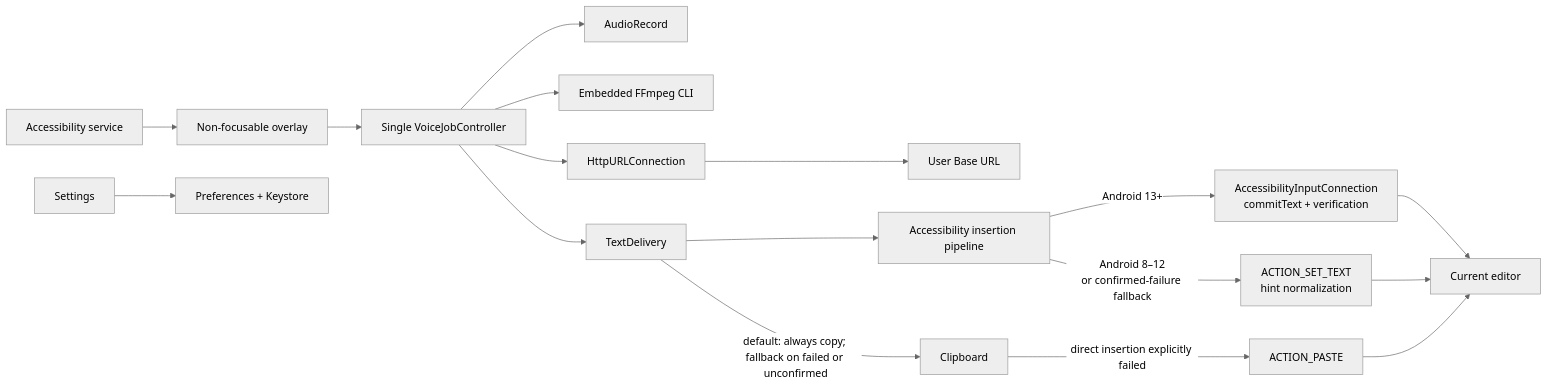
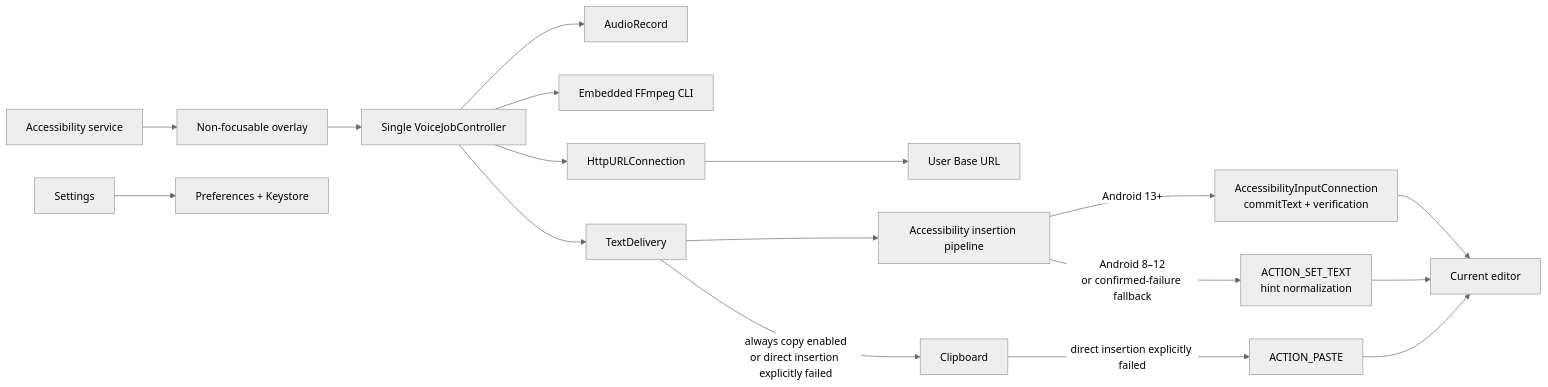
The first of 3 diagrams in README.md (Joey-Kot/Dictate), drawn with Mermaid (neutral theme) before and after one commit. The commit also changed other lines of this file and 6 other files, not shown here.

First line of the commit message:
fix(delivery): keep unconfirmed insertions off the clipboard

````diff
--- a/README.md
+++ b/README.md
@@ -39,19 +39,19 @@
 ```mermaid
 flowchart LR
   A["Accessibility service"] --> B["Non-focusable overlay"]
   B --> C["Single VoiceJobController"]
   C --> D["AudioRecord"]
   C --> E["Embedded FFmpeg CLI"]
   C --> F["HttpURLConnection"]
   F --> G["User Base URL"]
   C --> T["TextDelivery"]
   T --> W["Accessibility insertion pipeline"]
   W -->|"Android 13+"| M["AccessibilityInputConnection<br/>commitText + verification"]
   W -->|"Android 8–12<br/>or confirmed-failure fallback"| S["ACTION_SET_TEXT<br/>hint normalization"]
   M --> X["Current editor"]
   S --> X
-  T -->|"default: always copy; fallback on failed or unconfirmed"| I["Clipboard"]
+  T -->|"always copy enabled<br/>or direct insertion explicitly failed"| I["Clipboard"]
   I -->|"direct insertion explicitly failed"| P["ACTION_PASTE"]
   P --> X
   J["Settings"] --> K["Preferences + Keystore"]
 ```
````
